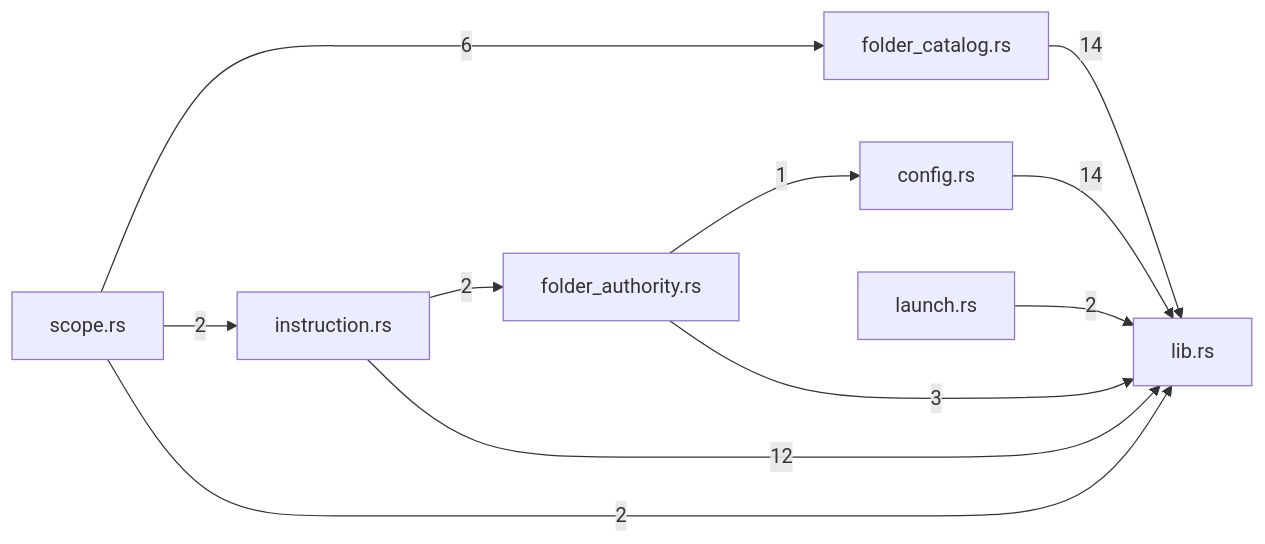
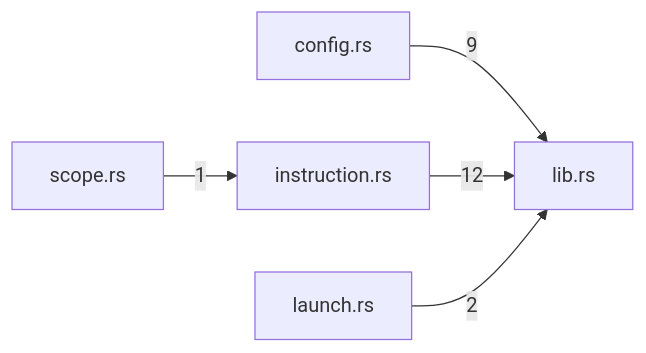
Before and after one commit to TekesApps/TekesKernel: the diagram in crates/profile/docs/generated/index.md, drawn with Mermaid. The commit also changed other lines of this file and 278 other files, not shown here.

````diff
--- a/crates/profile/docs/generated/index.md
+++ b/crates/profile/docs/generated/index.md
@@ -51,20 +48,12 @@
 ```mermaid
 flowchart LR
   m0["config.rs"]
-  m1["folder_authority.rs"]
-  m2["folder_catalog.rs"]
-  m3["instruction.rs"]
-  m4["launch.rs"]
-  m5["lib.rs"]
-  m6["scope.rs"]
-  m0 -->|"14"| m5
-  m1 -->|"1"| m0
-  m1 -->|"3"| m5
-  m2 -->|"14"| m5
-  m3 -->|"2"| m1
-  m3 -->|"12"| m5
-  m4 -->|"2"| m5
-  m6 -->|"6"| m2
-  m6 -->|"2"| m3
-  m6 -->|"2"| m5
+  m1["instruction.rs"]
+  m2["launch.rs"]
+  m3["lib.rs"]
+  m4["scope.rs"]
+  m0 -->|"9"| m3
+  m1 -->|"12"| m3
+  m2 -->|"2"| m3
+  m4 -->|"1"| m1
 ```
````
